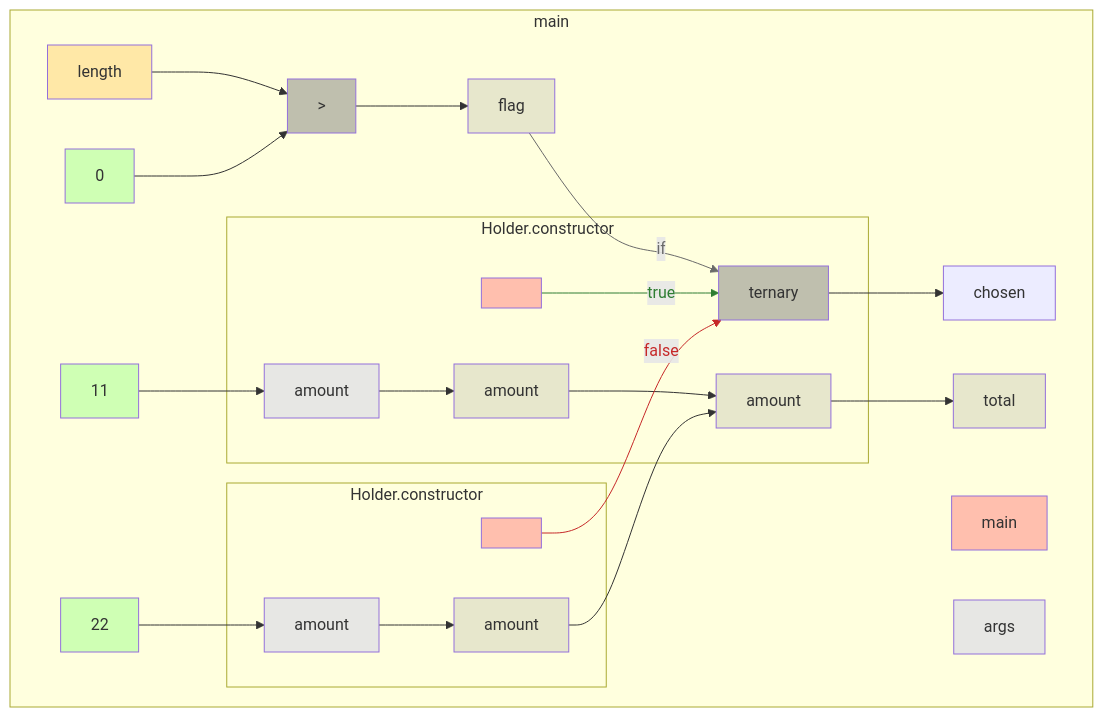
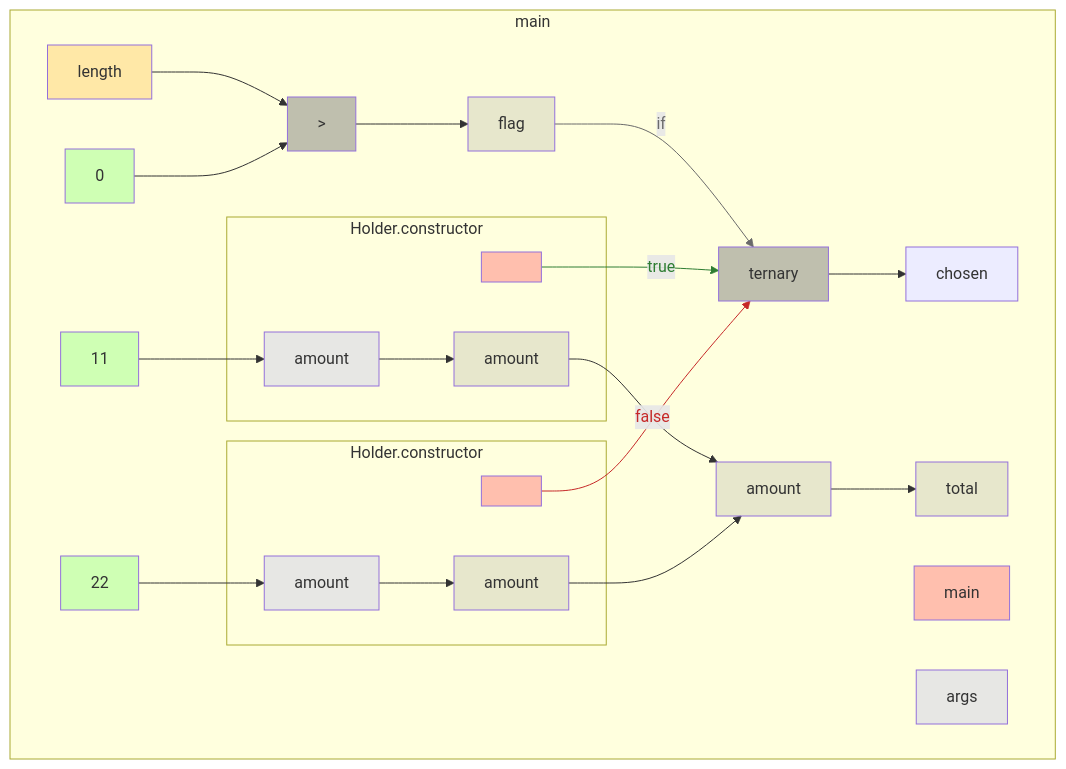
Before and after one commit to gstiebler/codeflow: the diagram in app/src/test/resources/aliasTernary/truth.md, drawn with Mermaid. The commit also changed 34 other files, not shown here.

````diff
--- a/app/src/test/resources/aliasTernary/truth.md
+++ b/app/src/test/resources/aliasTernary/truth.md
@@ -1,51 +1,51 @@
 ```mermaid
 flowchart TD
   subgraph b0["main"]
     n1[main]:::RETURN
     n2[args]:::FUNC_PARAM
     n3[length]:::EXTERNAL
     n4[0]:::LITERAL
     n5[>]:::BIN_OP
     n6[flag]:::VARIABLE
     n7[11]:::LITERAL
     n12[22]:::LITERAL
     n17[ternary]:::BIN_OP
     n18[chosen]:::OBJ_VARIABLE
     n19[amount]:::VARIABLE
     n20[total]:::VARIABLE
     n3[length]:::EXTERNAL --> n5[>]:::BIN_OP
     n4[0]:::LITERAL --> n5[>]:::BIN_OP
     n5[>]:::BIN_OP --> n6[flag]:::VARIABLE
     n6[flag]:::VARIABLE -->|if| n17[ternary]:::BIN_OP
     n7[11]:::LITERAL --> n10[amount]:::FUNC_PARAM
     n12[22]:::LITERAL --> n15[amount]:::FUNC_PARAM
     n17[ternary]:::BIN_OP --> n18[chosen]:::OBJ_VARIABLE
     n19[amount]:::VARIABLE --> n20[total]:::VARIABLE
+    n9[<init>]:::RETURN -->|true| n17[ternary]:::BIN_OP
+    n11[amount]:::VARIABLE --> n19[amount]:::VARIABLE
+    n14[<init>]:::RETURN -->|false| n17[ternary]:::BIN_OP
+    n16[amount]:::VARIABLE --> n19[amount]:::VARIABLE
     subgraph b8["Holder.constructor"]
       n9[<init>]:::RETURN
       n10[amount]:::FUNC_PARAM
       n11[amount]:::VARIABLE
-      n9[<init>]:::RETURN -->|true| n17[ternary]:::BIN_OP
       n10[amount]:::FUNC_PARAM --> n11[amount]:::VARIABLE
-      n11[amount]:::VARIABLE --> n19[amount]:::VARIABLE
     end
     subgraph b13["Holder.constructor"]
       n14[<init>]:::RETURN
       n15[amount]:::FUNC_PARAM
       n16[amount]:::VARIABLE
-      n14[<init>]:::RETURN -->|false| n17[ternary]:::BIN_OP
       n15[amount]:::FUNC_PARAM --> n16[amount]:::VARIABLE
-      n16[amount]:::VARIABLE --> n19[amount]:::VARIABLE
     end
   end
   linkStyle 3 stroke:#6a6a6a,color:#6a6a6a
   linkStyle 8 stroke:#2e7d32,color:#2e7d32
-  linkStyle 11 stroke:#c62828,color:#c62828
+  linkStyle 10 stroke:#c62828,color:#c62828
   classDef LITERAL fill:#00FF0030
   classDef VARIABLE fill:#80808030
   classDef BIN_OP fill:#80808080
   classDef FUNC_PARAM fill:#8080FF30
   classDef RETURN fill:#FF808080
   classDef EXTERNAL fill:#FFA50040
   classDef UNMODELLED fill:#FF000030,stroke-dasharray: 4 2
 ```
````
